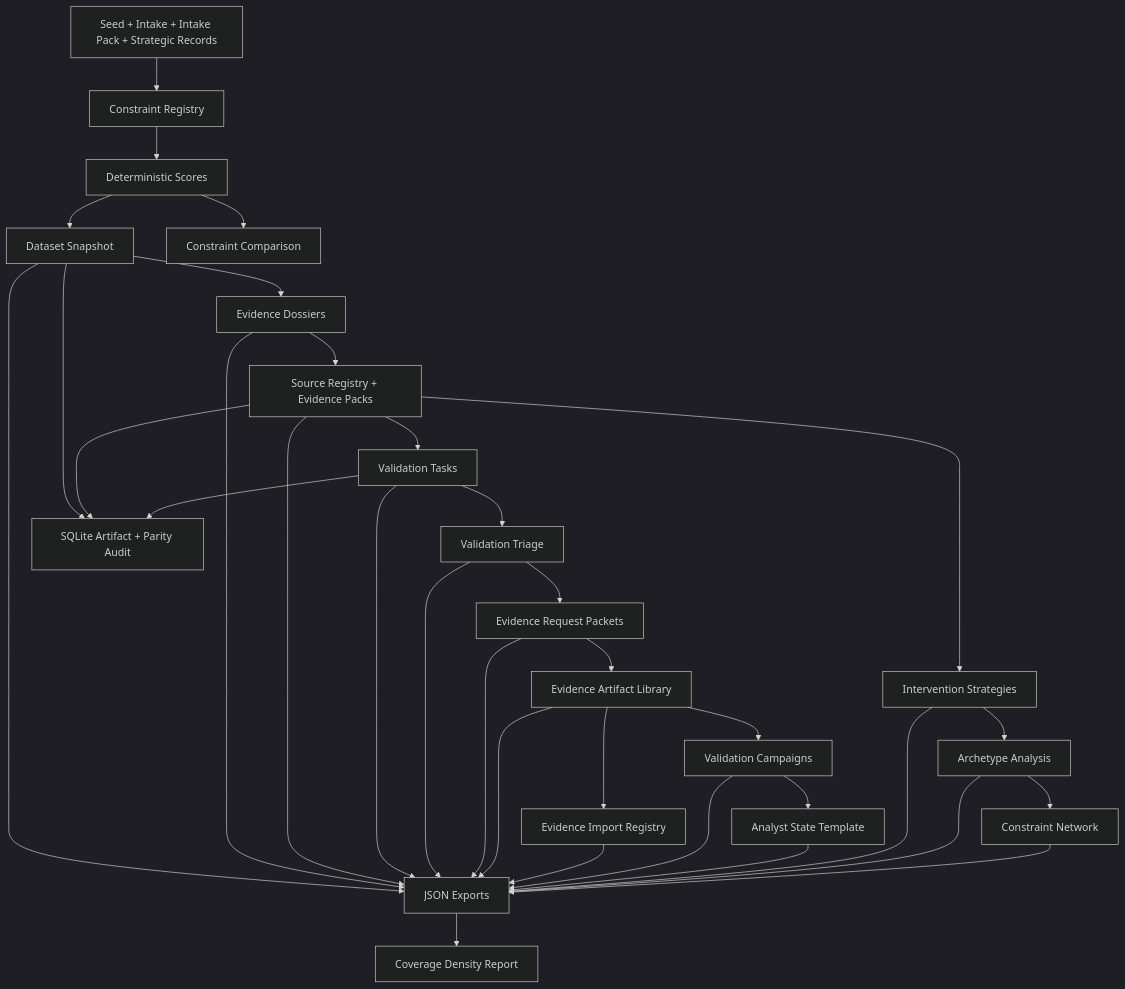
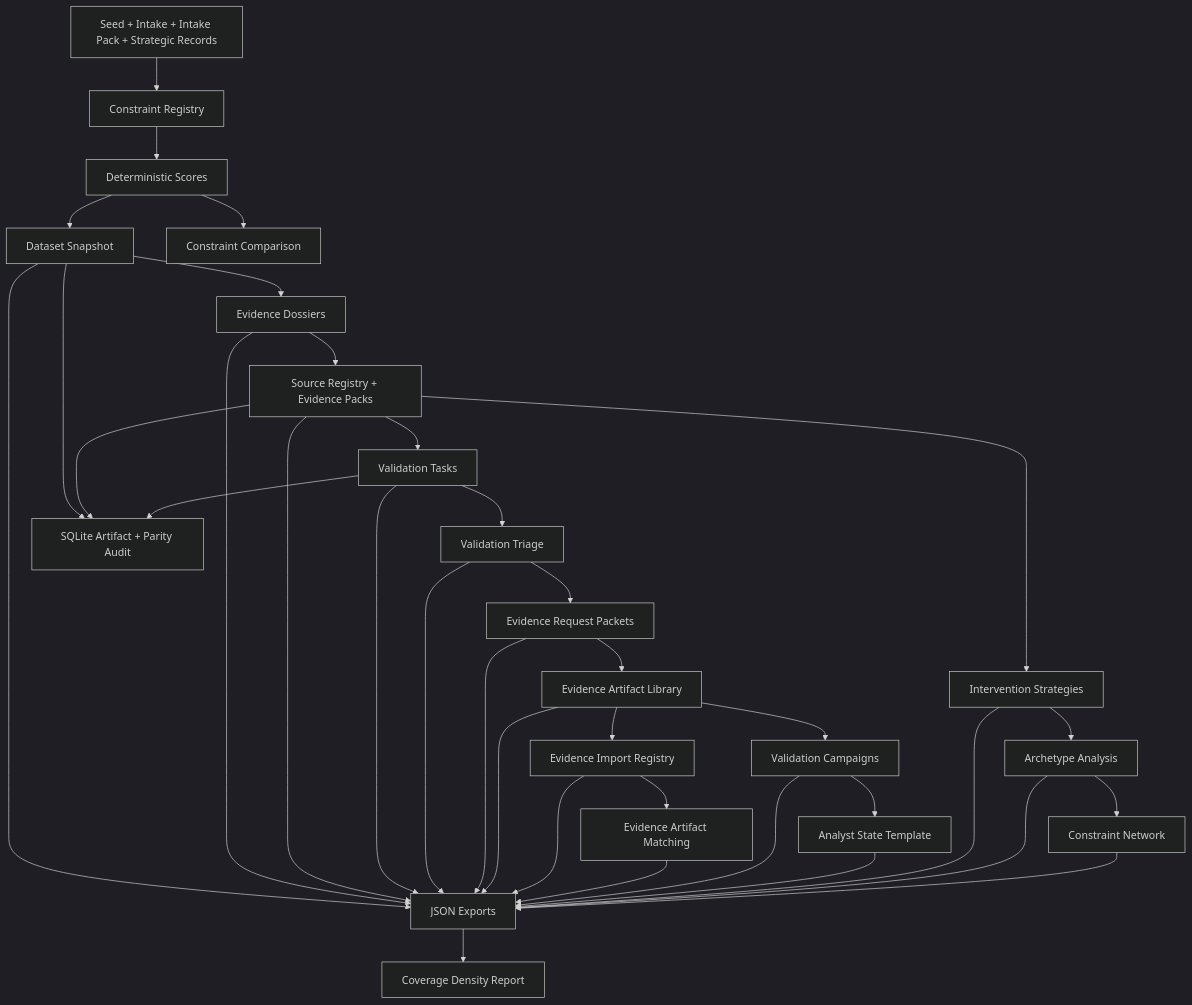
The diagram in docs/DATA_PIPELINE.md (EtherTabu/economic-x-ray-vision), drawn with Mermaid (dark theme) before and after one commit. The commit also changed other lines of this file and 11 other files, not shown here.

Commit message:
Add evidence artifact matching workspace

````diff
--- a/docs/DATA_PIPELINE.md
+++ b/docs/DATA_PIPELINE.md
@@ -36,36 +37,38 @@
 ```mermaid
 flowchart TD
   A["Seed + Intake + Intake Pack + Strategic Records"] --> B["Constraint Registry"]
   B --> C["Deterministic Scores"]
   C --> D["Dataset Snapshot"]
   D --> E["Evidence Dossiers"]
   E --> F["Source Registry + Evidence Packs"]
   F --> G["Validation Tasks"]
   G --> H["Validation Triage"]
   H --> I["Evidence Request Packets"]
   I --> Q["Evidence Artifact Library"]
   Q --> T["Evidence Import Registry"]
+  T --> U["Evidence Artifact Matching"]
   Q --> J["Validation Campaigns"]
   J --> R["Analyst State Template"]
   F --> K["Intervention Strategies"]
   K --> L["Archetype Analysis"]
   L --> M["Constraint Network"]
   C --> N["Constraint Comparison"]
   D --> O["SQLite Artifact + Parity Audit"]
   F --> O
   G --> O
   D --> P["JSON Exports"]
   E --> P
   F --> P
   G --> P
   H --> P
   I --> P
   Q --> P
   T --> P
+  U --> P
   J --> P
   R --> P
   K --> P
   L --> P
   M --> P
   P --> S["Coverage Density Report"]
 ```
````
